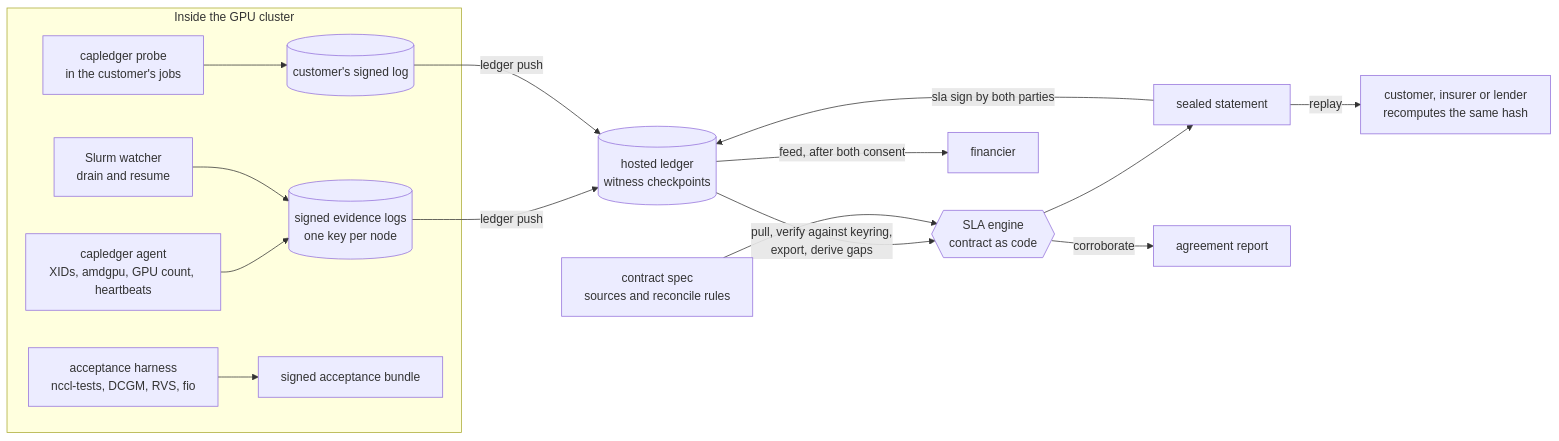
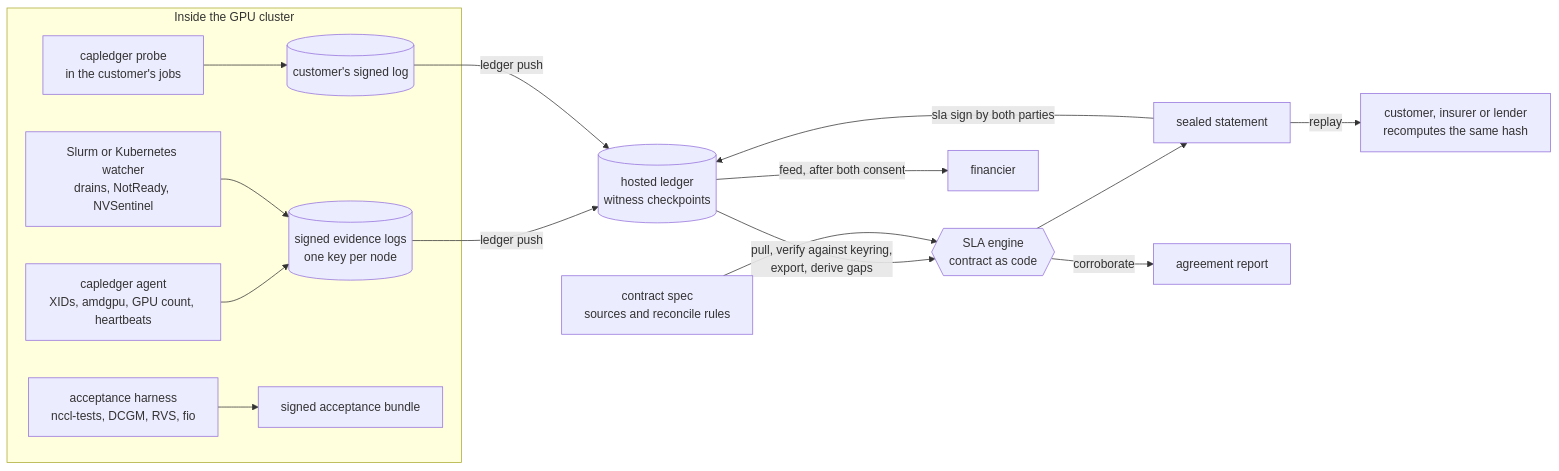
The first of 6 diagrams in README.md (Sievehouse/gpu-sentinel), drawn with Mermaid before and after one commit. The commit also changed other lines of this file, not shown here.

````diff
--- a/README.md
+++ b/README.md
@@ -48,17 +48,17 @@
 ```mermaid
 flowchart LR
   subgraph cluster["Inside the GPU cluster"]
     A["capledger agent<br/>XIDs, amdgpu, GPU count, heartbeats"] --> L[("signed evidence logs<br/>one key per node")]
-    W["Slurm watcher<br/>drain and resume"] --> L
+    W["Slurm or Kubernetes watcher<br/>drains, NotReady, NVSentinel"] --> L
     P["capledger probe<br/>in the customer's jobs"] --> T[("customer's signed log")]
     H["acceptance harness<br/>nccl-tests, DCGM, RVS, fio"] --> B["signed acceptance bundle"]
   end
   L & T -->|"ledger push"| LG[("hosted ledger<br/>witness checkpoints")]
   LG -->|"pull, verify against keyring,<br/>export, derive gaps"| E{{"SLA engine<br/>contract as code"}}
   C["contract spec<br/>sources and reconcile rules"] --> E
   E --> S["sealed statement"]
   S -->|"sla sign by both parties"| LG
   S -->|replay| V["customer, insurer or lender<br/>recomputes the same hash"]
   LG -->|"feed, after both consent"| F["financier"]
   E -->|corroborate| R["agreement report"]
 ```
````
